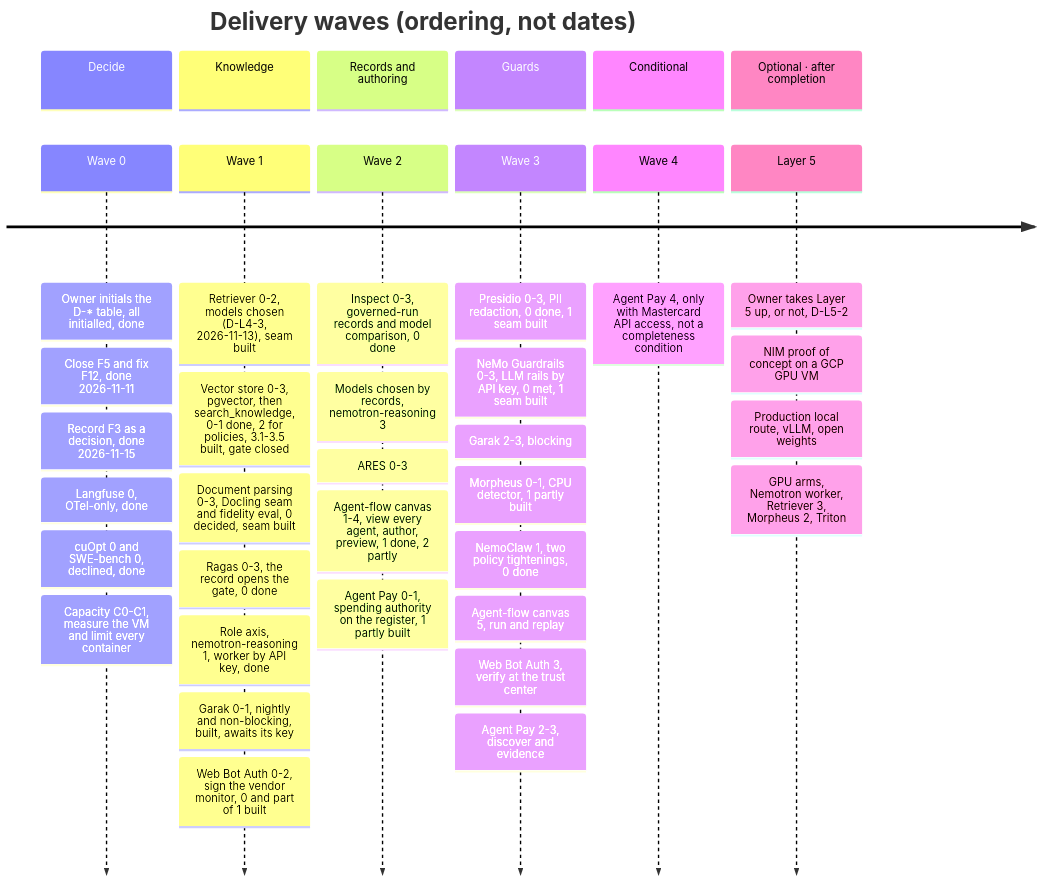
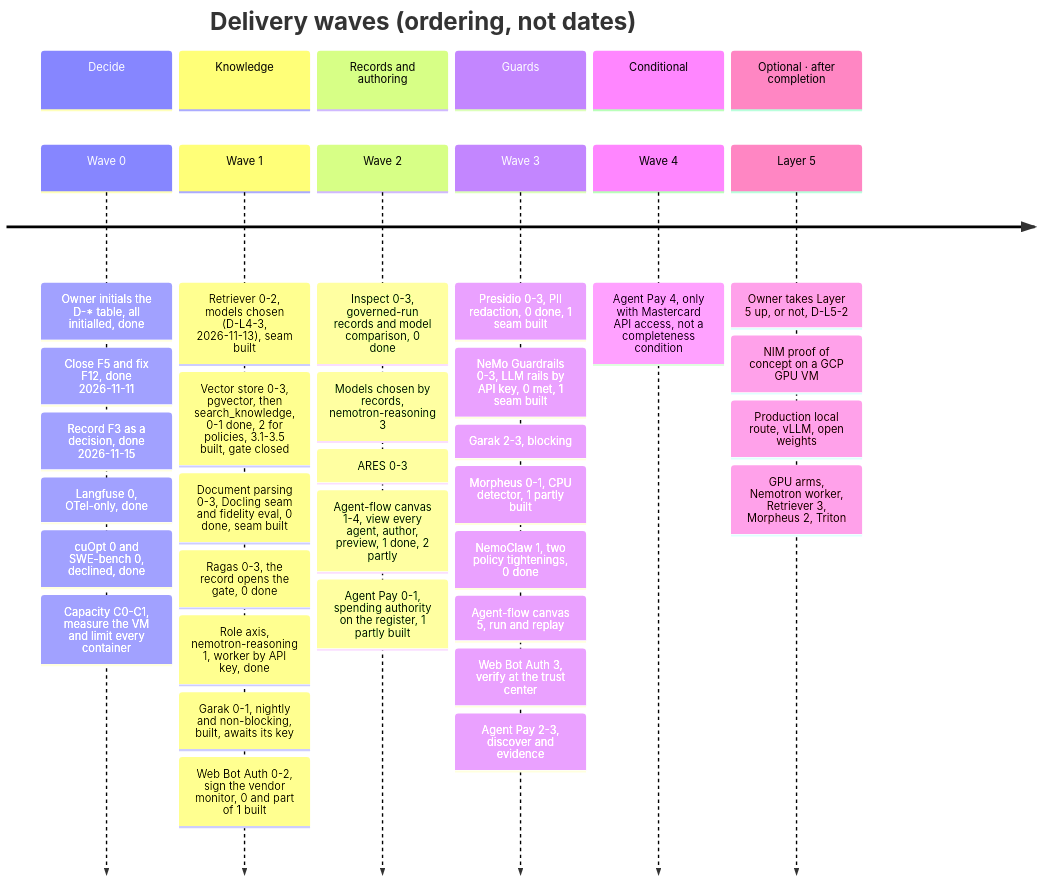
One commit to RodnaPamet/inflect-compliance changed the third of 5 diagrams in docs/ai-architecture-roadmap.md. Above: the diagram before and after it, drawn with Mermaid. The commit also changed other lines of this file and 4 other files, not shown here.

First line of the commit message:
docs(parsing): the document parser measured; D-L4-12 keeps Docling and sets the fidelity floors

````diff
--- a/docs/ai-architecture-roadmap.md
+++ b/docs/ai-architecture-roadmap.md
@@ -996,41 +996,41 @@
 ```mermaid
 timeline
   title Delivery waves (ordering, not dates)
   section Decide
     Wave 0 : Owner initials the D-* table, all initialled, done
            : Close F5 and fix F12, done 2026-11-11
            : Record F3 as a decision, done 2026-11-15
            : Langfuse 0, OTel-only, done
            : cuOpt 0 and SWE-bench 0, declined, done
            : Capacity C0-C1, measure the VM and limit every container
   section Knowledge
     Wave 1 : Retriever 0-2, models chosen (D-L4-3, 2026-11-13), seam built
            : Vector store 0-3, pgvector, then search_knowledge, 0-1 done, 2 for policies, 3.1-3.5 built, gate closed
-           : Document parsing 0-3, Docling seam and fidelity eval, 0 decided, seam built
+           : Document parsing 0-3, Docling seam and fidelity eval, 0 done, seam built
            : Ragas 0-3, the record opens the gate, 0 done
            : Role axis, nemotron-reasoning 1, worker by API key, done
            : Garak 0-1, nightly and non-blocking, built, awaits its key
            : Web Bot Auth 0-2, sign the vendor monitor, 0 and part of 1 built
   section Records and authoring
     Wave 2 : Inspect 0-3, governed-run records and model comparison, 0 done
            : Models chosen by records, nemotron-reasoning 3
            : ARES 0-3
            : Agent-flow canvas 1-4, view every agent, author, preview, 1 done, 2 partly
            : Agent Pay 0-1, spending authority on the register, 1 partly built
   section Guards
     Wave 3 : Presidio 0-3, PII redaction, 0 done, 1 seam built
            : NeMo Guardrails 0-3, LLM rails by API key, 0 met, 1 seam built
            : Garak 2-3, blocking
            : Morpheus 0-1, CPU detector, 1 partly built
            : NemoClaw 1, two policy tightenings, 0 done
            : Agent-flow canvas 5, run and replay
            : Web Bot Auth 3, verify at the trust center
            : Agent Pay 2-3, discover and evidence
   section Conditional
     Wave 4 : Agent Pay 4, only with Mastercard API access, not a completeness condition
   section Optional · after completion
     Layer 5 : Owner takes Layer 5 up, or not, D-L5-2
             : NIM proof of concept on a GCP GPU VM
             : Production local route, vLLM, open weights
             : GPU arms, Nemotron worker, Retriever 3, Morpheus 2, Triton
 ```
````
